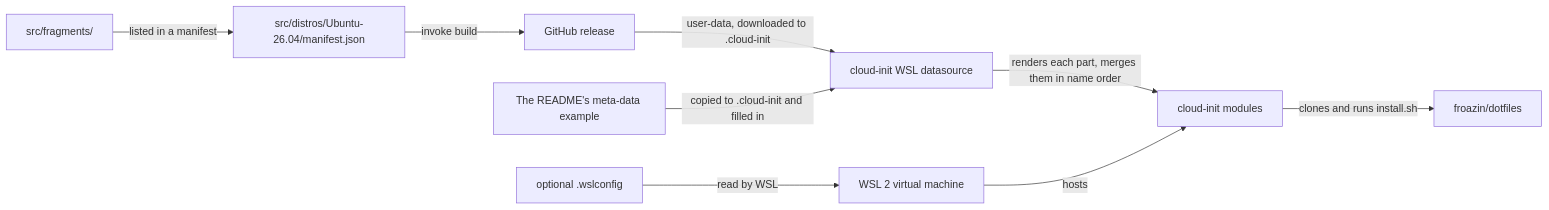
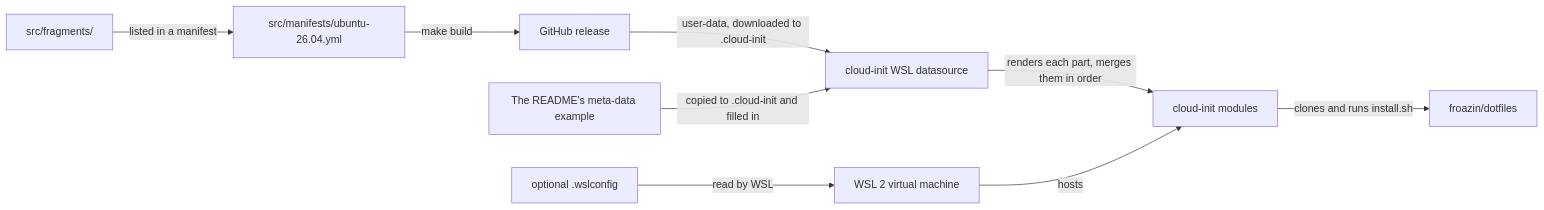
One commit to froazin/wsl changed the diagram in README.md. Above: the diagram before and after it, drawn with Mermaid. The commit also changed other lines of this file and 58 other files, not shown here.

Commit message:
refactor(cloud-init)!: Simplify image build (#11)

````diff
--- a/README.md
+++ b/README.md
@@ -195,13 +195,13 @@
 ```mermaid
 flowchart LR
     accTitle: How the files reach the instance
-    accDescr: invoke build joins the fragments each distro's manifest lists into one MIME user-data for the distro, and the release workflow publishes it. You download it into your Windows profile, and write the meta-data beside it from the README's example. cloud-init's WSL datasource reads them, renders each part's Jinja with the meta-data, merges the parts in name order and runs the cloud-config, which installs the dotfiles for the user and for root. WSL reads the optional .wslconfig.
-    parts["src/fragments/"] -->|"listed in a manifest"| manifest["src/distros/Ubuntu-26.04/manifest.json"]
-    manifest -->|"invoke build"| release["GitHub release"]
+    accDescr: make build joins the fragments each distro's manifest lists into one MIME user-data for the distro, and the release workflow publishes it. You download it into your Windows profile, and write the meta-data beside it from the README's example. cloud-init's WSL datasource reads them, renders each part's Jinja with the meta-data, merges the parts in the manifest's order and runs the cloud-config, which installs the dotfiles for the user and for root. WSL reads the optional .wslconfig.
+    parts["src/fragments/"] -->|"listed in a manifest"| manifest["src/manifests/ubuntu-26.04.yml"]
+    manifest -->|"make build"| release["GitHub release"]
     release -->|"user-data, downloaded to .cloud-init"| ds["cloud-init WSL datasource"]
     example["The README's meta-data example"] -->|"copied to .cloud-init and filled in"| ds
-    ds -->|"renders each part, merges them in name order"| modules["cloud-init modules"]
+    ds -->|"renders each part, merges them in order"| modules["cloud-init modules"]
     wslconfig["optional .wslconfig"] -->|"read by WSL"| vm["WSL 2 virtual machine"]
     vm -->|hosts| modules
     modules -->|"clones and runs install.sh"| dotfiles["froazin/dotfiles"]
 ```
````
